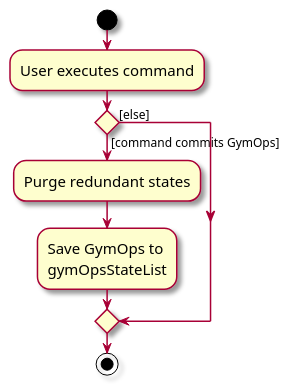
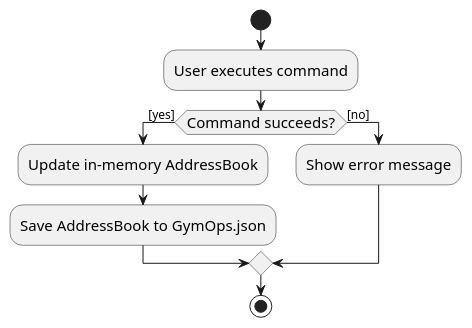
One commit to AY2526S2-CS2103T-T17-1/tp changed the diagram in docs/diagrams/CommitActivityDiagram.puml. Above: the diagram before and after it, drawn with PlantUML. The commit also changed 18 other files, not shown here.

Commit message:
Fix UG/DG consistency, correct UML diagrams, remove stale AB3 references

```diff
--- a/docs/diagrams/CommitActivityDiagram.puml
+++ b/docs/diagrams/CommitActivityDiagram.puml
@@ -1,18 +1,13 @@
 @startuml
-skin rose
 skinparam ActivityFontSize 15
 skinparam ArrowFontSize 12
 start
 :User executes command;
-
-'Since the beta syntax does not support placing the condition outside the
-'diamond we place it as the true branch instead.
-
-if () then ([command commits GymOps])
-    :Purge redundant states;
-    :Save GymOps to
-    gymOpsStateList;
-else ([else])
+if (Command succeeds?) then ([yes])
+    :Update in-memory AddressBook;
+    :Save AddressBook to GymOps.json;
+else ([no])
+    :Show error message;
 endif
 stop
 @enduml
```
